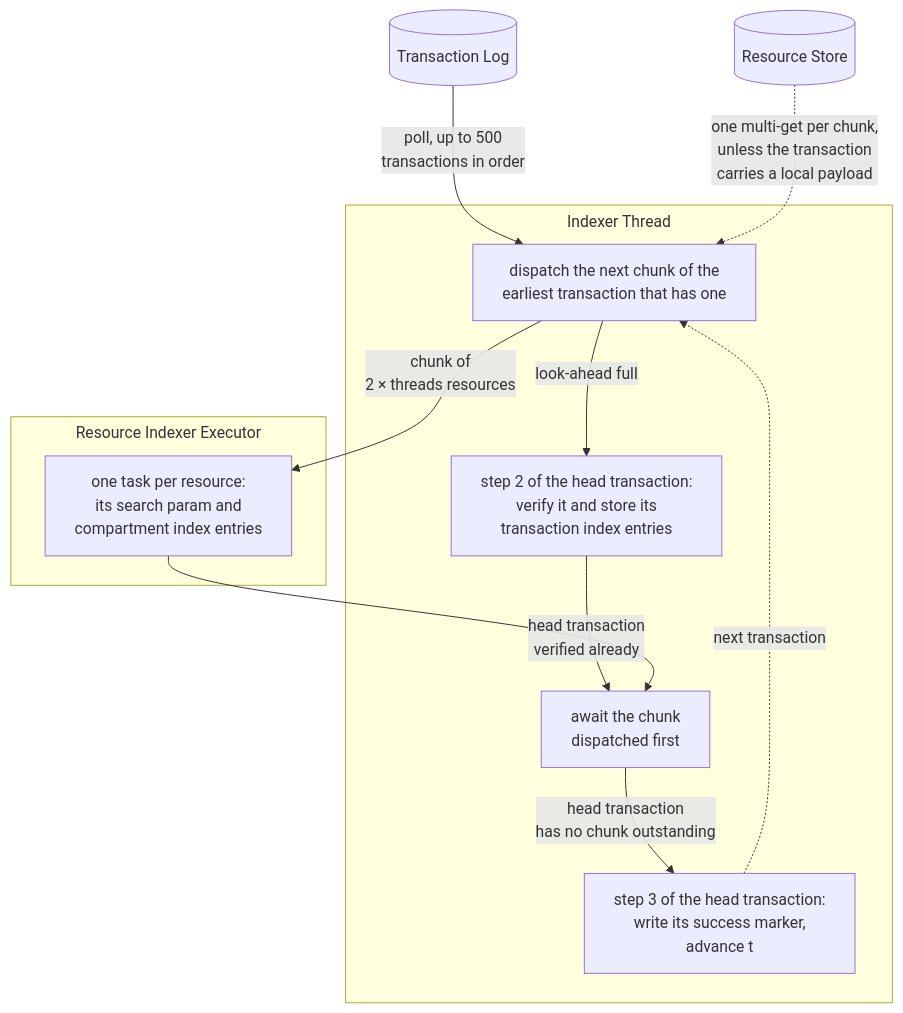
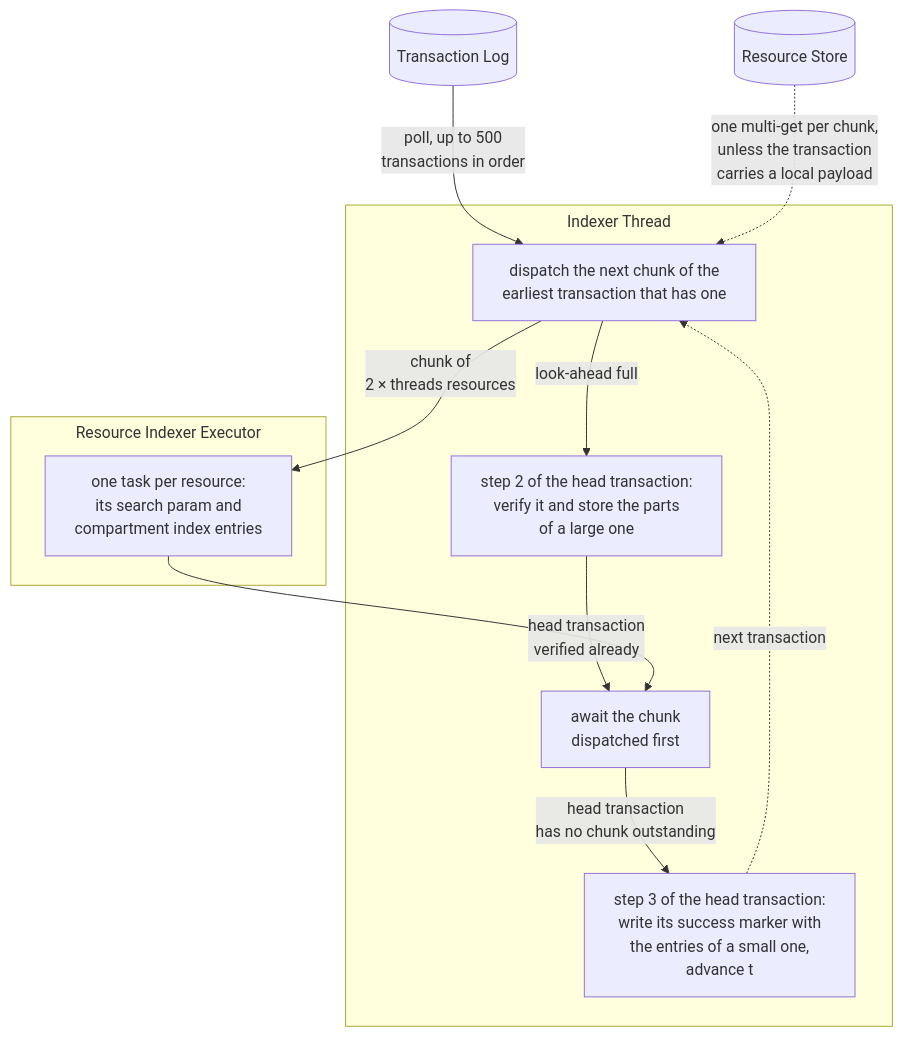
Before and after one commit to samply/blaze: the first of 4 diagrams in docs/implementation/database.md, drawn with Mermaid. The commit also changed other lines of this file and 3 other files, not shown here.

First line of the commit message:
Store Transaction Entries With Its Success Marker

````diff
--- a/docs/implementation/database.md
+++ b/docs/implementation/database.md
@@ -354,35 +354,35 @@
 ```mermaid
 ---
 config:
   flowchart:
     wrappingWidth: 300
     rankSpacing: 60
     subGraphTitleMargin:
       top: 5
       bottom: 5
 ---
 flowchart TB
     log[("Transaction Log")]
 
     subgraph indexer ["Indexer Thread"]
         dispatch["dispatch the next chunk of the<br>earliest transaction that has one"]
-        verify["step 2 of the head transaction:<br>verify it and store its<br>transaction index entries"]
+        verify["step 2 of the head transaction:<br>verify it and store the parts<br>of a large one"]
         await["await the chunk<br>dispatched first"]
-        commit["step 3 of the head transaction:<br>write its success marker,<br>advance t"]
+        commit["step 3 of the head transaction:<br>write its success marker with<br>the entries of a small one,<br>advance t"]
         dispatch -->|"look-ahead full"| verify
         verify -->|"head transaction<br>verified already"| await
         await -->|"head transaction<br>has no chunk outstanding"| commit
         commit -.->|"next transaction"| dispatch
     end
 
     subgraph pool ["Resource Indexer Executor"]
         task["one task per resource:<br>its search param and<br>compartment index entries"]
     end
 
     store[("Resource Store")]
 
     log -->|"poll, up to 500<br>transactions in order"| dispatch
     store -.->|"one multi-get per chunk,<br>unless the transaction<br>carries a local payload"| dispatch
     dispatch -->|"chunk of<br>2 × threads resources"| task
     task --> await
 ```
````
